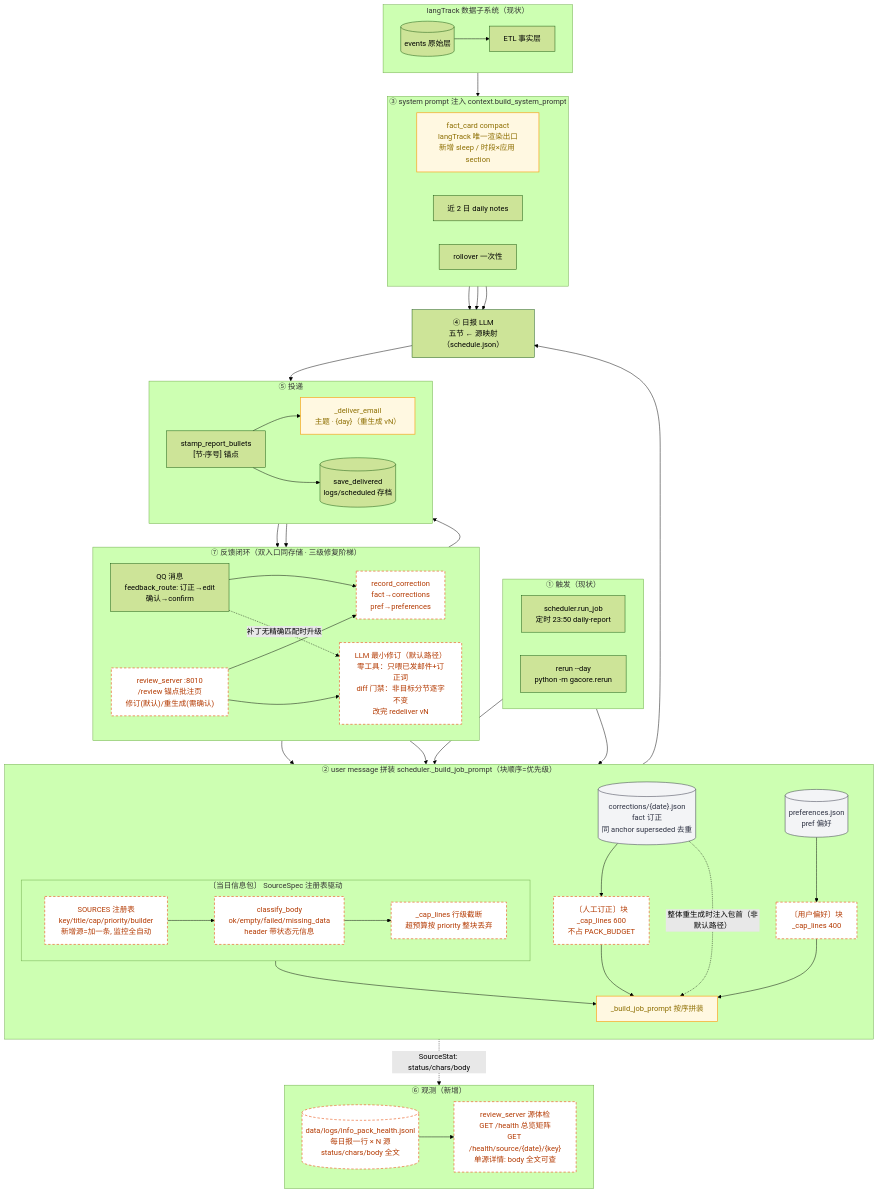
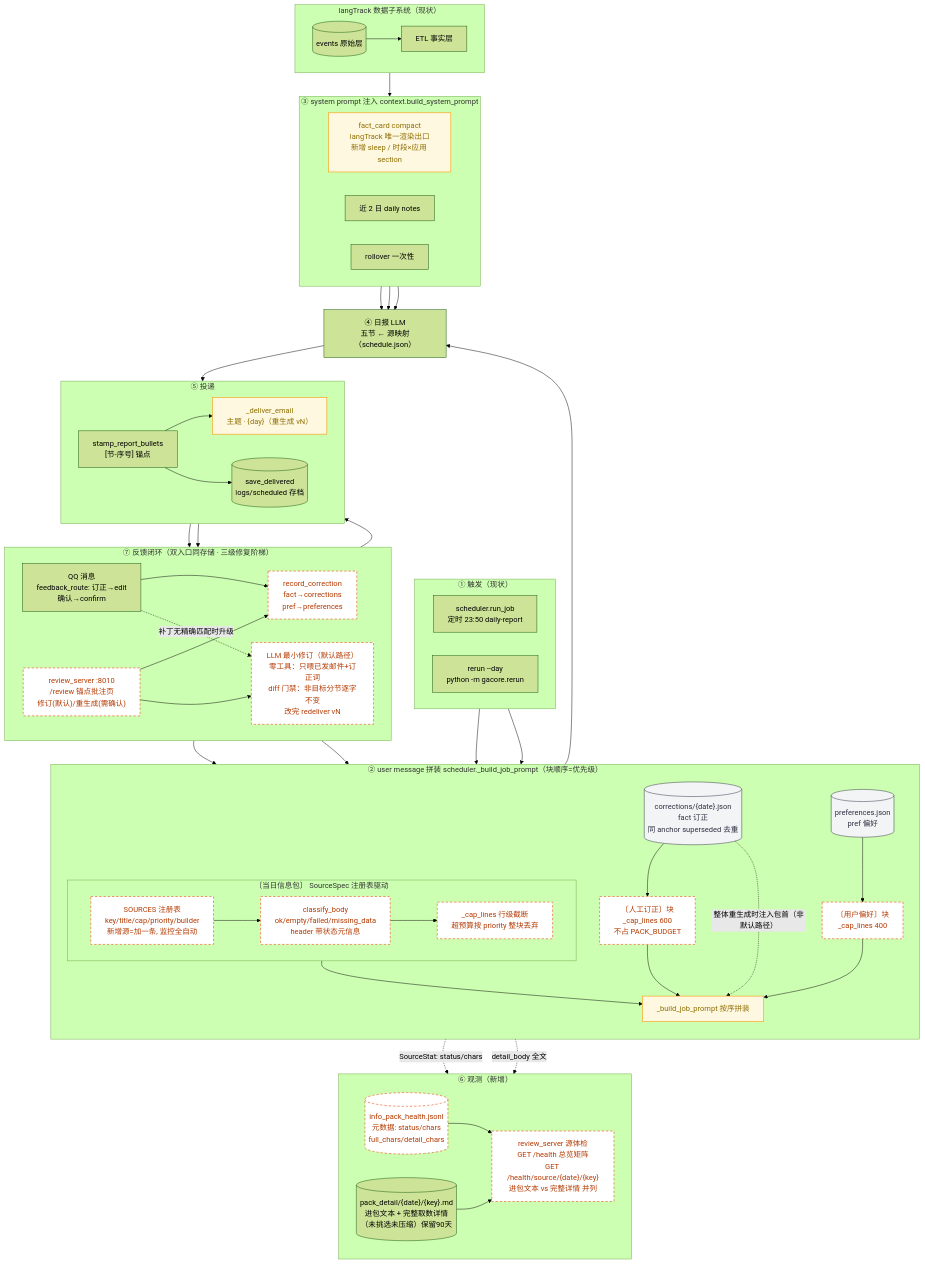
The first of 4 diagrams in apps/withlanggraph/docs/daily-report-redesign.md (weweaq/monoRepo), drawn with Mermaid (forest theme) before and after one commit. The commit also changed other lines of this file, not shown here.

```diff
--- a/apps/withlanggraph/docs/daily-report-redesign.md
+++ b/apps/withlanggraph/docs/daily-report-redesign.md
@@ -58,9 +58,11 @@
 
     subgraph OBS["⑥ 观测（新增）"]
         direction LR
-        JSL[("data/logs/info_pack_health.jsonl<br/>每日报一行 × N 源<br/>status/chars/body 全文")]
-        HL["review_server 源体检<br/>GET /health 总览矩阵<br/>GET /health/source/{date}/{key}<br/>单源详情: body 全文可查"]
+        JSL[("info_pack_health.jsonl<br/>元数据: status/chars<br/>full_chars/detail_chars")]
+        DT[("pack_detail/{date}/{key}.md<br/>进包文本 + 完整取数详情<br/>（未挑选未压缩）保留90天")]
+        HL["review_server 源体检<br/>GET /health 总览矩阵<br/>GET /health/source/{date}/{key}<br/>进包文本 vs 完整详情 并列"]
         JSL --> HL
+        DT --> HL
     end
 
     subgraph FEED["⑦ 反馈闭环（双入口同存储 · 三级修复阶梯）"]
@@ -93,7 +95,8 @@
     RC --> PRE
     REV --> SD
     COR -. "整体重生成时注入包首（非默认路径）" .-> PK
-    PK -. "SourceStat: status/chars/body" .-> JSL
+    PK -. "SourceStat: status/chars" .-> JSL
+    PK -. "detail_body 全文" .-> DT
     SD --> RV
     EM --> FQ
 
```
